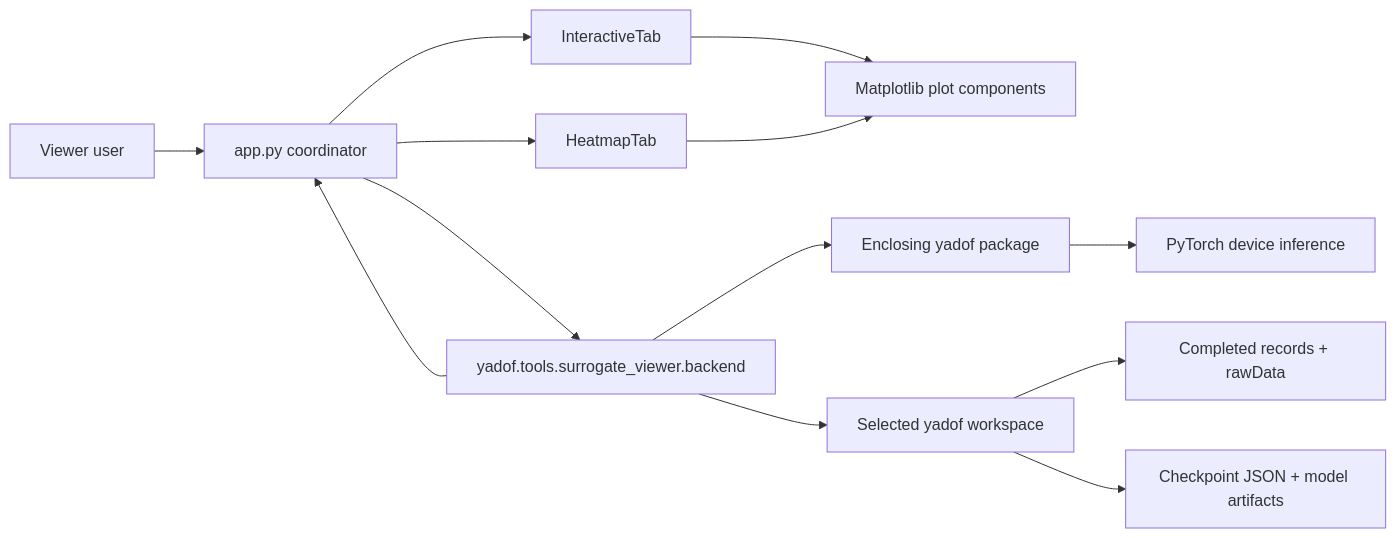
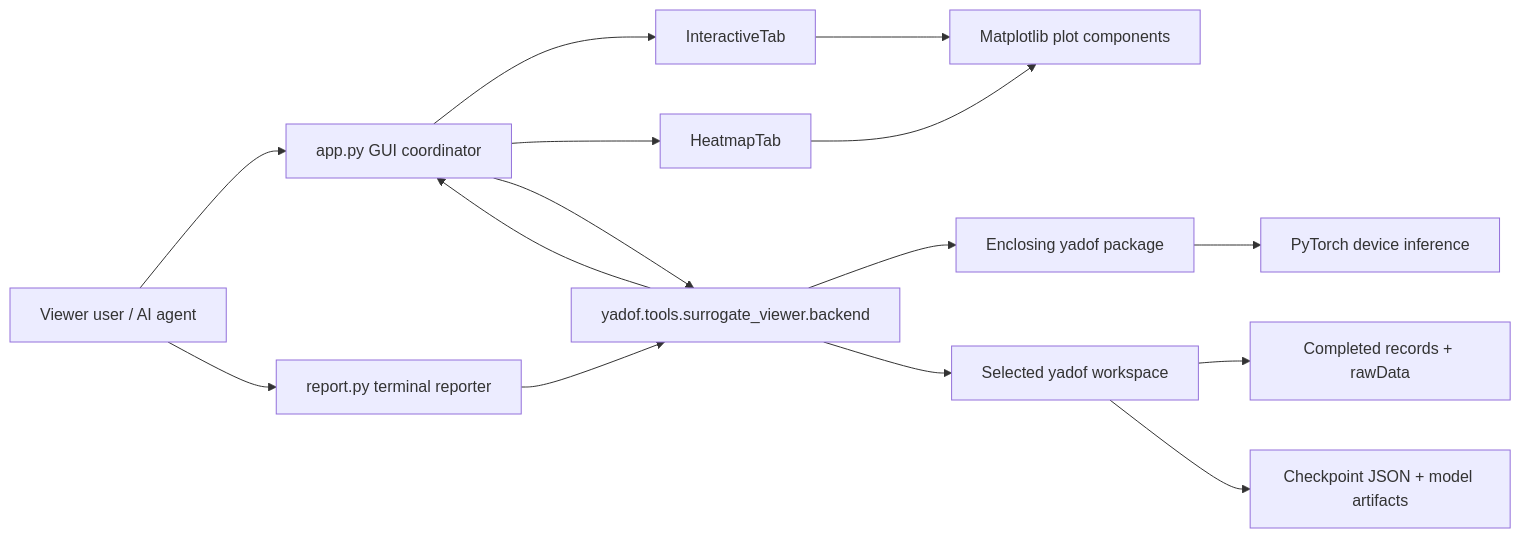
The diagram in src/yadof/tools/surrogate_viewer/dev_doc/architecture/c4_container.md (YS-Pan/yadof), drawn with Mermaid before and after one commit. The commit also changed other lines of this file and 31 other files, not shown here.

````diff
--- a/src/yadof/tools/surrogate_viewer/dev_doc/architecture/c4_container.md
+++ b/src/yadof/tools/surrogate_viewer/dev_doc/architecture/c4_container.md
@@ -3,15 +3,17 @@
 ```mermaid
 flowchart LR
-    User["Viewer user"] --> App["app.py coordinator"]
+    User["Viewer user / AI agent"] --> App["app.py GUI coordinator"]
+    User --> Report["report.py terminal reporter"]
     App --> Interactive["InteractiveTab"]
     App --> Heatmap["HeatmapTab"]
     Interactive --> Plots["Matplotlib plot components"]
     Heatmap --> Plots
     App --> Backend["yadof.tools.surrogate_viewer.backend"]
+    Report --> Backend
     Backend --> Yadof["Enclosing yadof package"]
     Backend --> Workspace["Selected yadof workspace"]
     Workspace --> Records["Completed records + rawData"]
     Workspace --> Checkpoints["Checkpoint JSON + model artifacts"]
     Yadof --> Torch["PyTorch device inference"]
     Backend --> App
 ```
````
